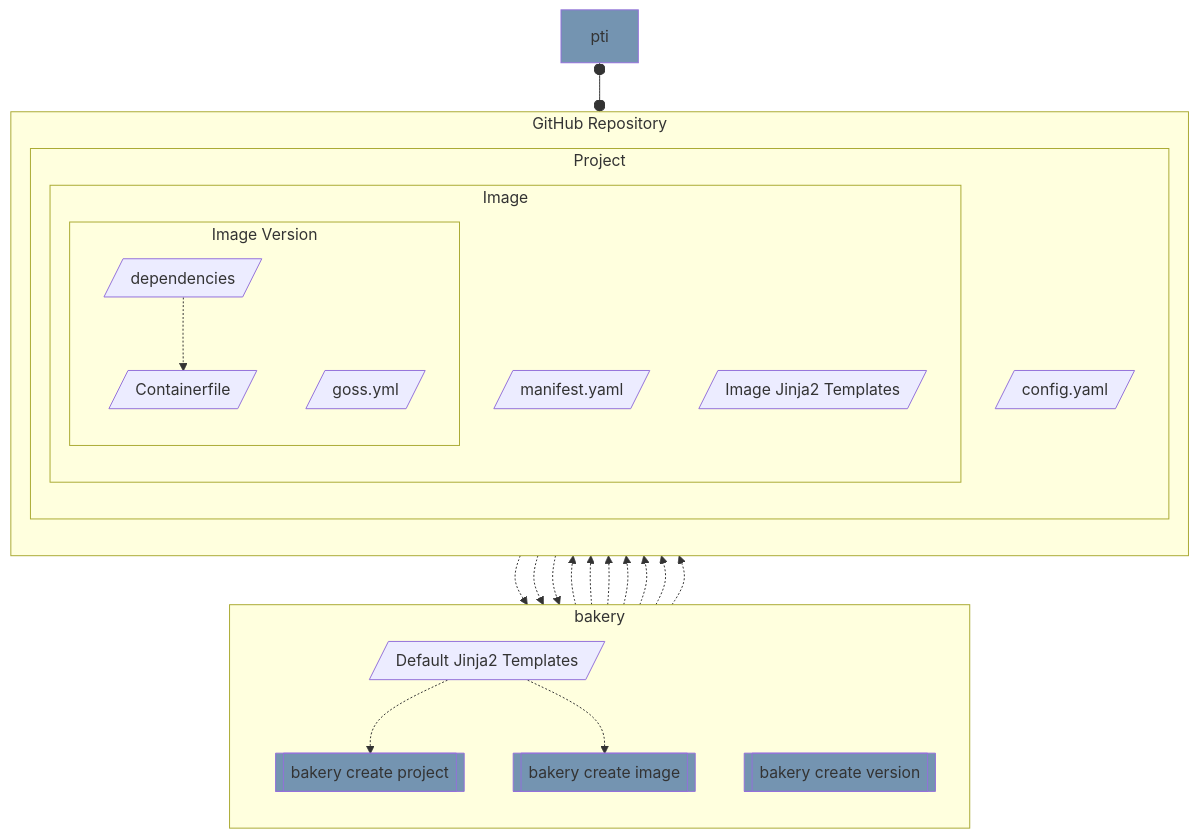
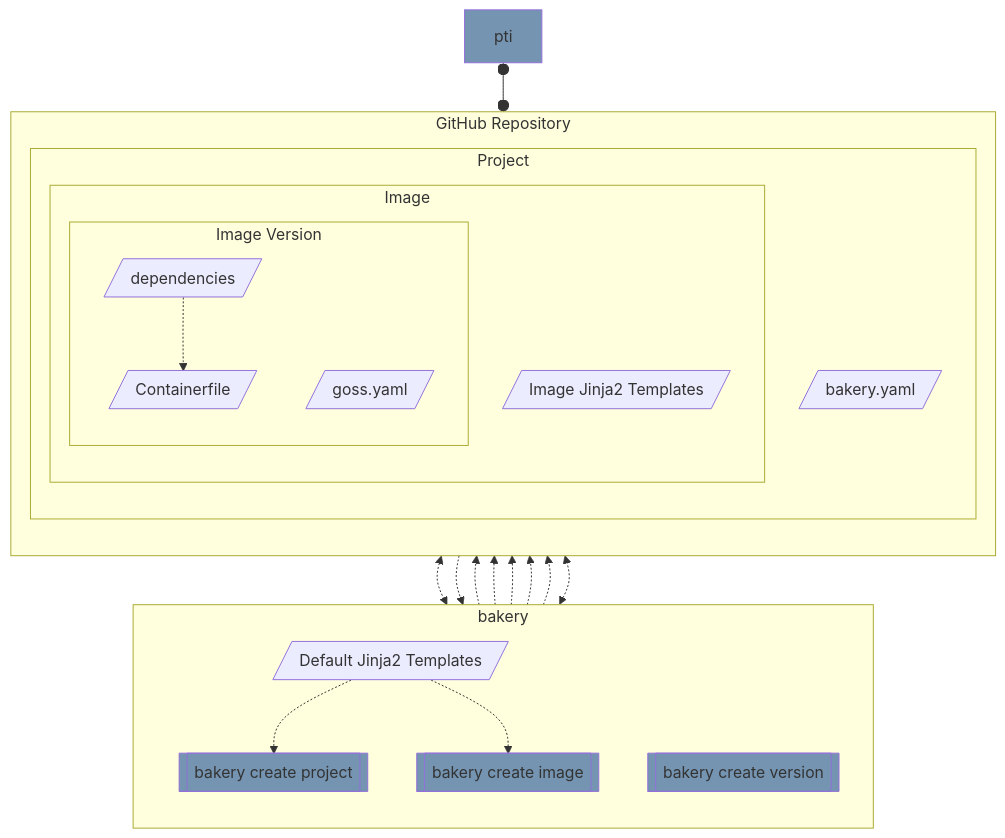
Before and after one commit to posit-dev/images-shared: the third of 7 diagrams in posit-bakery/ARCHITECTURE.md, drawn with Mermaid. The commit also changed other lines of this file and 6 other files, not shown here.

Commit message:
Update documentation for conversion to bakery.yaml

````diff
--- a/posit-bakery/ARCHITECTURE.md
+++ b/posit-bakery/ARCHITECTURE.md
@@ -76,51 +76,49 @@
 ```mermaid
 flowchart TD
 
     subgraph "bakery"
         direction TB
 
         templatesDefault[/Default Jinja2 Templates/]
         createProject[[bakery create project]]
         createImage[[bakery create image]]
         createVersion[[bakery create version]]
     end
 
     subgraph "GitHub Repository"
         direction TB
         subgraph "Project"
-            config[/config.yaml/]
+            config[/bakery.yaml/]
 
             subgraph "Image"
-                manifest[/manifest.yaml/]
                 templatesImage[/Image Jinja2 Templates/]
 
                 subgraph "Image Version"
                     containerfile[/Containerfile/]
 
                     deps[/dependencies/]
-                    tests[/goss.yml/]
+                    tests[/goss.yaml/]
                 end
                 deps -.-> containerfile
             end
         end
 
         templatesDefault -.-> createProject -.-> config
 
-        config -.-> createImage -.-> manifest
+        config <-.-> createImage
         templatesDefault -.-> createImage -.-> templatesImage
 
         templatesImage -.-> createVersion -.-> tests & deps & containerfile
-        manifest -.-> createVersion
-        createVersion -.-> manifest
+        createVersion <-.-> config
     end
 
     pti[pti]
     pti o--o containerfile
 
     classDef tooling fill:#7494B1
     classDef external fill:grey
     classDef progress stroke-dasharray: 2 2
     classDef todo stroke-dasharray: 3 8
 
     class pti,createProject,createImage,createVersion tooling
 ```
````
